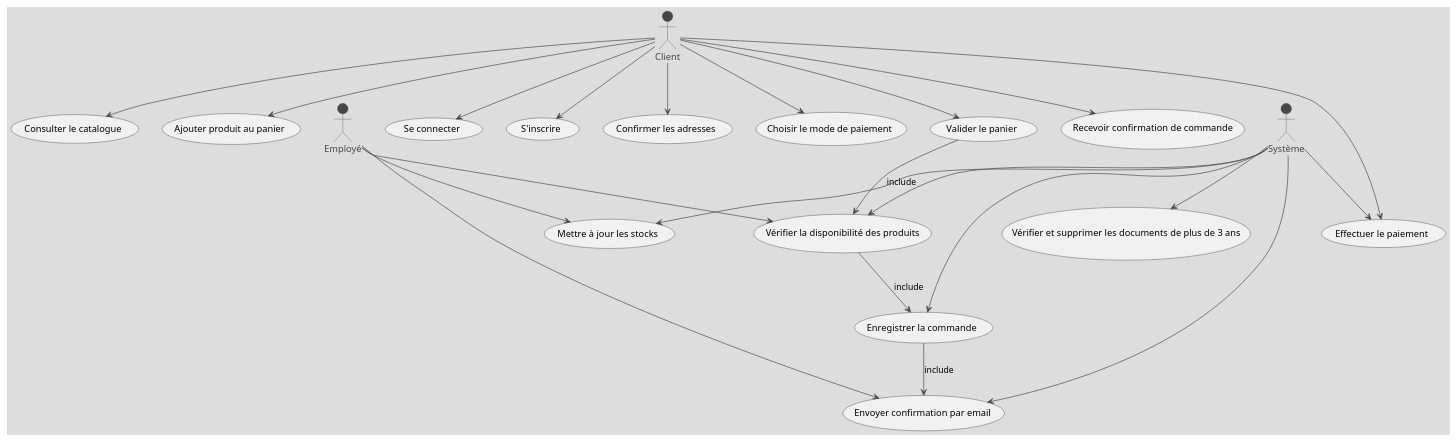
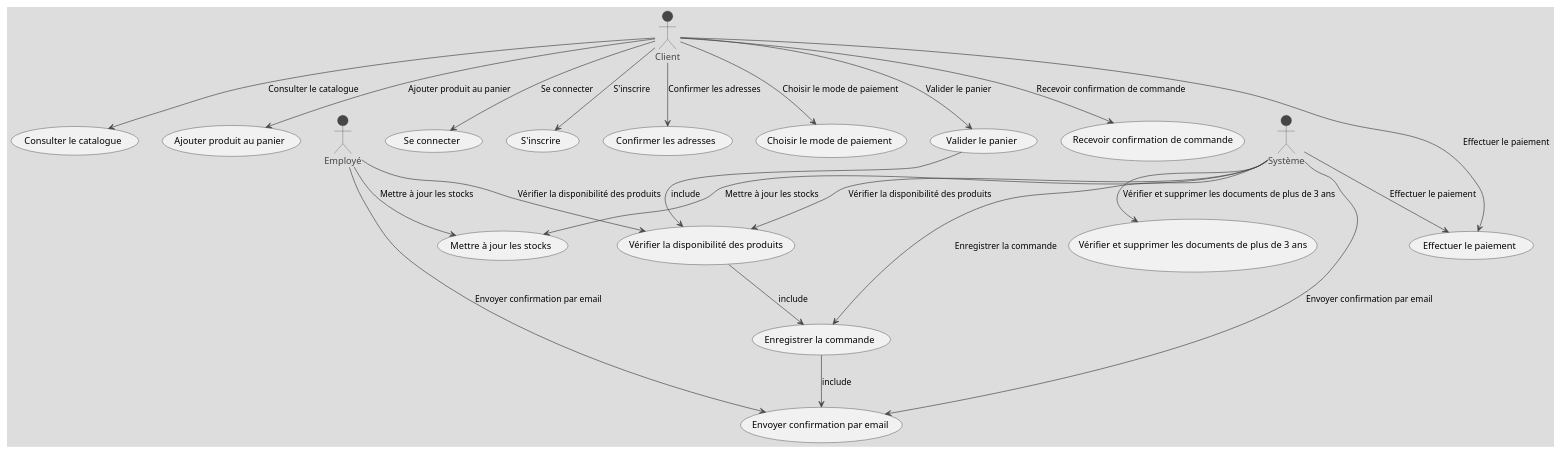
Before and after one commit to clemence95/villagegreen: the diagram in modelisation/diagramme_utilisation.plantuml, drawn with PlantUML.

```diff
--- a/modelisation/diagramme_utilisation.plantuml
+++ b/modelisation/diagramme_utilisation.plantuml
@@ -1,49 +1,49 @@
 @startuml diagramme_utilisation
 !theme toy
 
 actor Client
 actor "Employé" as Employe
 actor "Système" as System
 
 usecase "Consulter le catalogue" as UC1
 usecase "Ajouter produit au panier" as UC2
 usecase "Valider le panier" as UC3
 usecase "Se connecter" as UC4
 usecase "S'inscrire" as UC5
 usecase "Confirmer les adresses" as UC7
 usecase "Choisir le mode de paiement" as UC8
 usecase "Effectuer le paiement" as UC9
 usecase "Recevoir confirmation de commande" as UC11
 
 usecase "Vérifier la disponibilité des produits" as UC6
 usecase "Enregistrer la commande" as UC10
 usecase "Mettre à jour les stocks" as UC12
 usecase "Envoyer confirmation par email" as UC13
 usecase "Vérifier et supprimer les documents de plus de 3 ans" as UC14
 
-Client --> UC1
-Client --> UC2
-Client --> UC3
-Client --> UC4
-Client --> UC5
-Client --> UC7
-Client --> UC8
-Client --> UC9
-Client --> UC11
+Client --> UC1 : "Consulter le catalogue"
+Client --> UC2 : "Ajouter produit au panier"
+Client --> UC3 : "Valider le panier"
+Client --> UC4 : "Se connecter"
+Client --> UC5 : "S'inscrire"
+Client --> UC7 : "Confirmer les adresses"
+Client --> UC8 : "Choisir le mode de paiement"
+Client --> UC9 : "Effectuer le paiement"
+Client --> UC11 : "Recevoir confirmation de commande"
 
-Employe --> UC6
-Employe --> UC12
-Employe --> UC13
+Employe --> UC6 : "Vérifier la disponibilité des produits"
+Employe --> UC12 : "Mettre à jour les stocks"
+Employe --> UC13 : "Envoyer confirmation par email"
 
-System --> UC9
-System --> UC6
-System --> UC10
-System --> UC12
-System --> UC13
-System --> UC14
+System --> UC9 : "Effectuer le paiement"
+System --> UC6 : "Vérifier la disponibilité des produits"
+System --> UC10 : "Enregistrer la commande"
+System --> UC12 : "Mettre à jour les stocks"
+System --> UC13 : "Envoyer confirmation par email"
+System --> UC14 : "Vérifier et supprimer les documents de plus de 3 ans"
 
-UC3 --> UC6 : include
-UC6 --> UC10 : include
-UC10 --> UC13 : include
+UC3 --> UC6 : "include"
+UC6 --> UC10 : "include"
+UC10 --> UC13 : "include"
 
 @enduml
```
